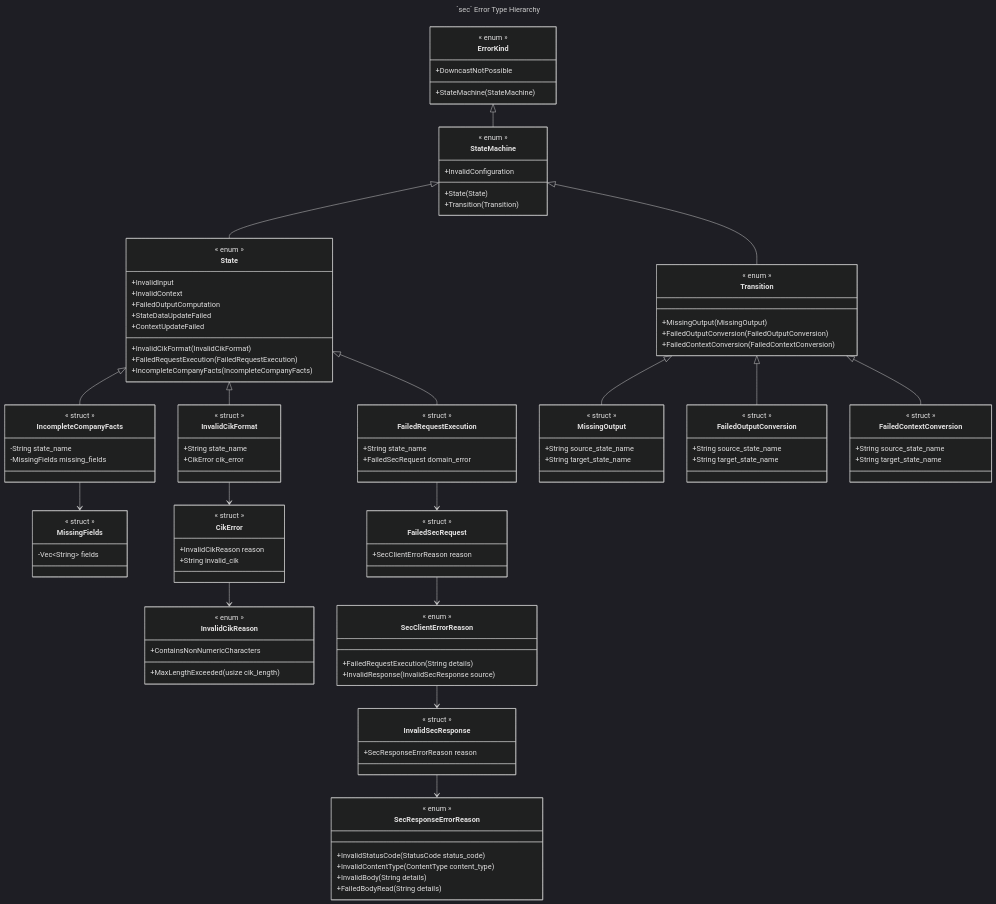
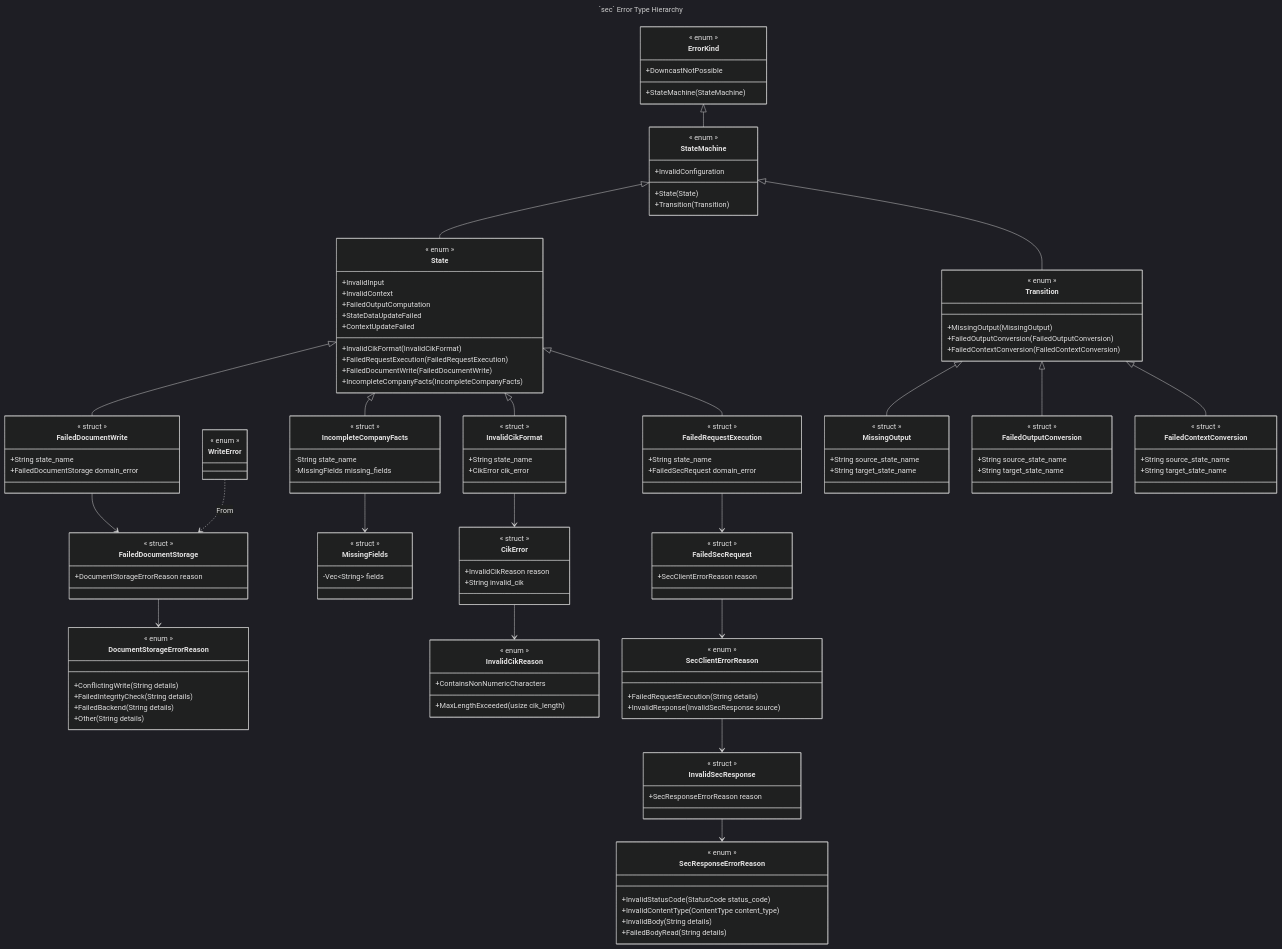
Before and after one commit to ironcapitaleu/arkad: the diagram in sec/design/uml_class_diagram/sec_error_handling.md, drawn with Mermaid (dark theme). The commit also changed 22 other files, not shown here.

```diff
--- a/sec/design/uml_class_diagram/sec_error_handling.md
+++ b/sec/design/uml_class_diagram/sec_error_handling.md
@@ -23,6 +23,7 @@
         %% Errors from internal state operations
         +InvalidCikFormat(InvalidCikFormat)
         +FailedRequestExecution(FailedRequestExecution)
+        +FailedDocumentWrite(FailedDocumentWrite)
         +IncompleteCompanyFacts(IncompleteCompanyFacts)
         +InvalidInput
         +InvalidContext
@@ -51,6 +52,33 @@
         %% State-level wrapper for request execution errors
         +String state_name
         +FailedSecRequest domain_error
+    }
+
+    class FailedDocumentWrite{
+        << struct >>
+        %% State-level wrapper for a write that the store rejected
+        +String state_name
+        +FailedDocumentStorage domain_error
+    }
+
+    class FailedDocumentStorage{
+        << struct >>
+        %% Domain error for a document that the store did not keep
+        +DocumentStorageErrorReason reason
+    }
+
+    class DocumentStorageErrorReason{
+        << enum >>
+        %% Why the store did not keep the document
+        +ConflictingWrite(String details)
+        +FailedIntegrityCheck(String details)
+        +FailedBackend(String details)
+        +Other(String details)
+    }
+
+    class WriteError{
+        << enum >>
+        %% `storage::WriteError`, converted at the boundary and never held
     }
 
     class IncompleteCompanyFacts{
@@ -137,6 +165,7 @@
     %% State error wraps domain errors
     State <|-- InvalidCikFormat
     State <|-- FailedRequestExecution
+    State <|-- FailedDocumentWrite
     State <|-- IncompleteCompanyFacts
 
     %% Transition error wraps specific errors
@@ -149,6 +178,9 @@
     CikError --> InvalidCikReason
     IncompleteCompanyFacts --> MissingFields
     FailedRequestExecution --> FailedSecRequest
+    FailedDocumentWrite --> FailedDocumentStorage
+    FailedDocumentStorage --> DocumentStorageErrorReason
+    WriteError ..> FailedDocumentStorage : From
     FailedSecRequest --> SecClientErrorReason
     SecClientErrorReason --> InvalidSecResponse
     InvalidSecResponse --> SecResponseErrorReason
```
